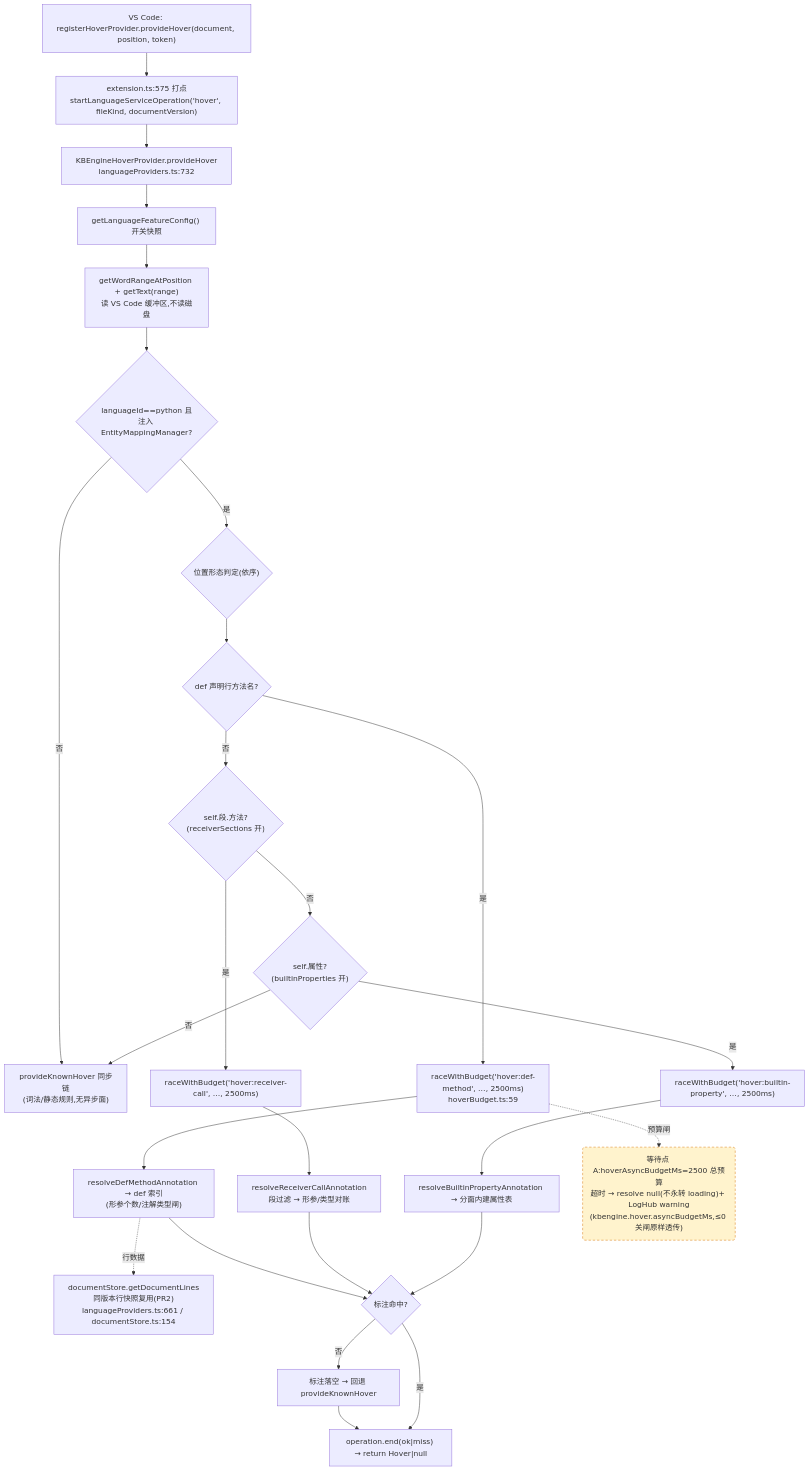
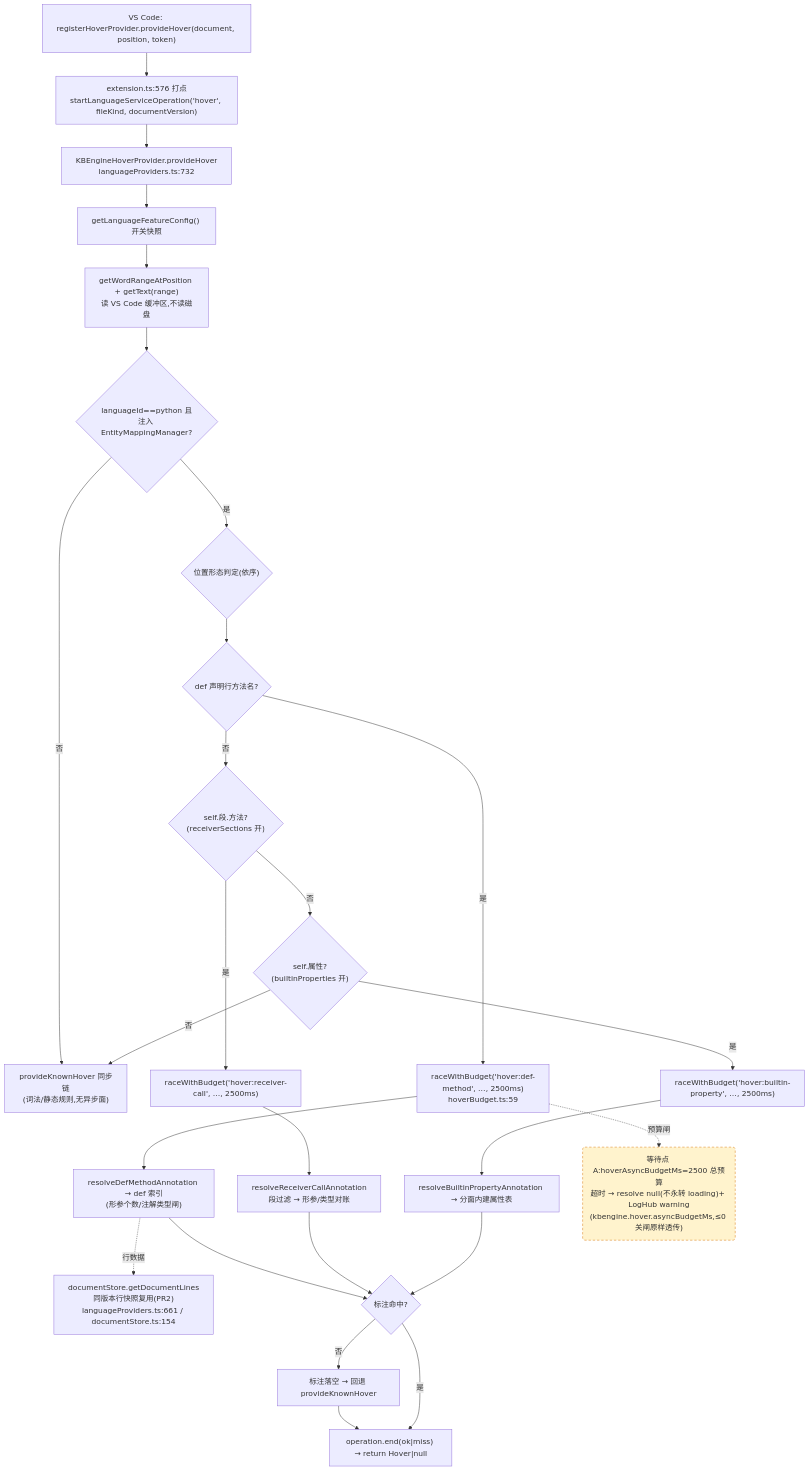
One commit to cuihairu/kode changed the first of 4 diagrams in docs/perf/2026-baseline.md. Above: the diagram before and after it, drawn with Mermaid. The commit also changed other lines of this file and 8 other files, not shown here.

````diff
--- a/docs/perf/2026-baseline.md
+++ b/docs/perf/2026-baseline.md
@@ -82,45 +82,45 @@
 ```mermaid
 flowchart TD
   VC1["VS Code: registerHoverProvider.provideHover(document, position, token)"]
-  M1["extension.ts:575 打点<br/>startLanguageServiceOperation('hover', fileKind, documentVersion)"]
+  M1["extension.ts:576 打点<br/>startLanguageServiceOperation('hover', fileKind, documentVersion)"]
   HP["KBEngineHoverProvider.provideHover<br/>languageProviders.ts:732"]
   CFG["getLanguageFeatureConfig() 开关快照"]
   WORD["getWordRangeAtPosition + getText(range)<br/>读 VS Code 缓冲区,不读磁盘"]
   BR{"languageId==python 且<br/>注入 EntityMappingManager?"}
   KN["provideKnownHover 同步链<br/>(词法/静态规则,无异步面)"]
   POS{"位置形态判定(依序)"}
   D1{"def 声明行方法名?"}
   D2{"self.段.方法?<br/>(receiverSections 开)"}
   D3{"self.属性?<br/>(builtinProperties 开)"}
   RA1["raceWithBudget('hover:def-method', …, 2500ms)<br/>hoverBudget.ts:59"]
   RA2["raceWithBudget('hover:receiver-call', …, 2500ms)"]
   RA3["raceWithBudget('hover:builtin-property', …, 2500ms)"]
   RS1["resolveDefMethodAnnotation → def 索引<br/>(形参个数/注解类型闸)"]
   RS2["resolveReceiverCallAnnotation<br/>段过滤 → 形参/类型对账"]
   RS3["resolveBuiltinPropertyAnnotation → 分面内建属性表"]
   LINES["documentStore.getDocumentLines<br/>同版本行快照复用(PR2)<br/>languageProviders.ts:661 / documentStore.ts:154"]
   MISS["标注落空 → 回退 provideKnownHover"]
   END1["operation.end(ok|miss) → return Hover|null"]
 
   VC1 --> M1 --> HP --> CFG --> WORD --> BR
   BR -- "否" --> KN
   BR -- "是" --> POS --> D1
   D1 -- "是" --> RA1 --> RS1
   D1 -- "否" --> D2
   D2 -- "是" --> RA2 --> RS2
   D2 -- "否" --> D3
   D3 -- "是" --> RA3 --> RS3
   D3 -- "否" --> KN
   RS1 --> HIT{"标注命中?"}
   RS2 --> HIT
   RS3 --> HIT
   RS1 -.->|行数据| LINES
   HIT -- "否" --> MISS --> END1
   HIT -- "是" --> END1
 
   WAITA("等待点 A:hoverAsyncBudgetMs=2500 总预算<br/>超时 → resolve null(不永转 loading)+ LogHub warning<br/>(kbengine.hover.asyncBudgetMs,≤0 关闸原样透传)")
   RA1 -.->|预算闸| WAITA
 
   classDef waitPoint fill:#fff3cd,stroke:#d97706,stroke-dasharray:5 4;
   class WAITA waitPoint;
 ```
````
